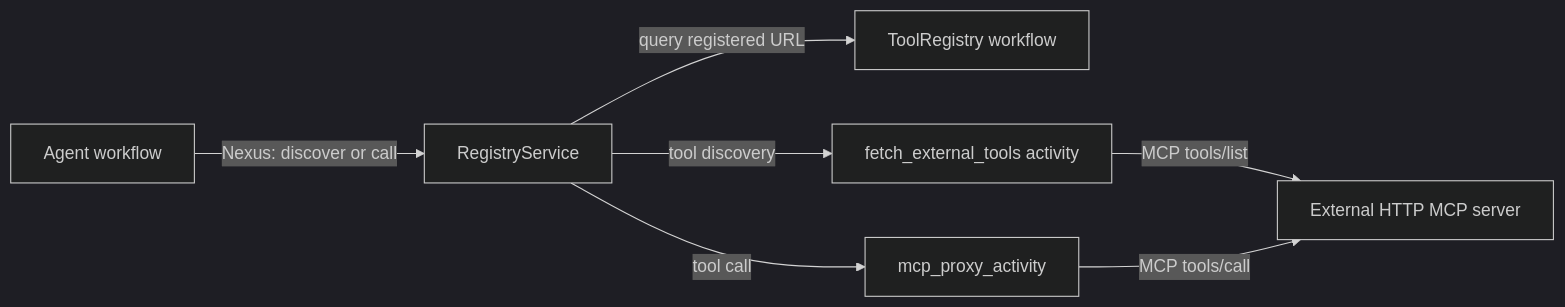
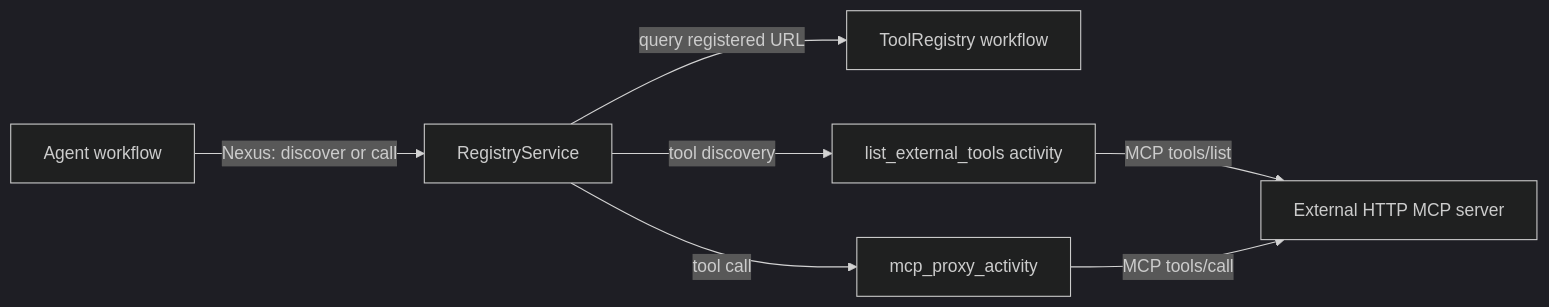
One commit to temporal-community/temporal-agent-harness changed the fourth of 4 diagrams in nexus/mcp/ARCHITECTURE.md. Above: the diagram before and after it, drawn with Mermaid (dark theme). The commit also changed other lines of this file and 16 other files, not shown here.

````diff
--- a/nexus/mcp/ARCHITECTURE.md
+++ b/nexus/mcp/ARCHITECTURE.md
@@ -203,16 +208,16 @@
 ```mermaid
 flowchart LR
     caller[Agent workflow]
     gateway[RegistryService]
     registry[ToolRegistry workflow]
-    fetch[fetch_external_tools activity]
+    fetch[list_external_tools activity]
     proxy[mcp_proxy_activity]
     server[External HTTP MCP server]
 
     caller -->|Nexus: discover or call| gateway
     gateway -->|query registered URL| registry
     gateway -->|tool discovery| fetch
     gateway -->|tool call| proxy
     fetch -->|MCP tools/list| server
     proxy -->|MCP tools/call| server
 ```
````
